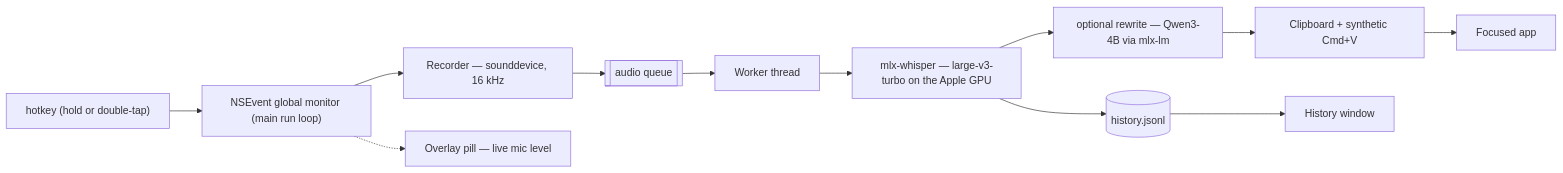
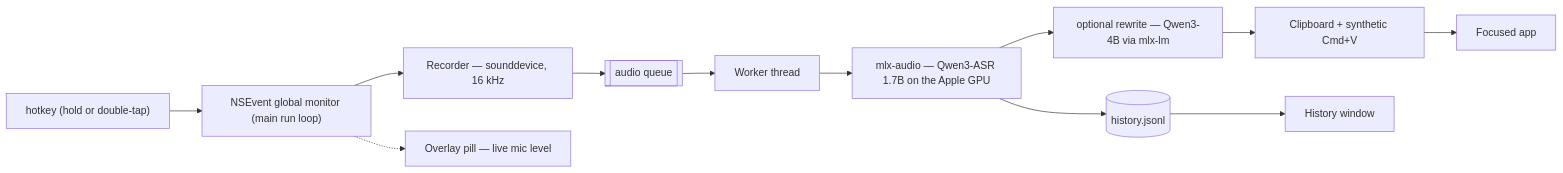
One commit to utsavanand/kaho changed the diagram in README.md. Above: the diagram before and after it, drawn with Mermaid. The commit also changed other lines of this file and 9 other files, not shown here.

First line of the commit message:
Switch transcription from Whisper to Qwen3-ASR 1.7B

````diff
--- a/README.md
+++ b/README.md
@@ -186,14 +188,14 @@
 ```mermaid
 flowchart LR
     K["hotkey (hold or double-tap)"] --> M["NSEvent global monitor (main run loop)"]
     M --> R["Recorder — sounddevice, 16 kHz"]
     M -.-> O["Overlay pill — live mic level"]
     R --> Q[["audio queue"]]
     Q --> W["Worker thread"]
-    W --> T["mlx-whisper — large-v3-turbo on the Apple GPU"]
+    W --> T["mlx-audio — Qwen3-ASR 1.7B on the Apple GPU"]
     T --> RW["optional rewrite — Qwen3-4B via mlx-lm"]
     RW --> P["Clipboard + synthetic Cmd+V"]
     P --> A["Focused app"]
     T --> H[("history.jsonl")]
     H --> V["History window"]
 ```
````
